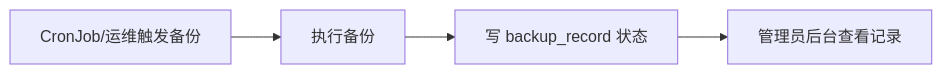
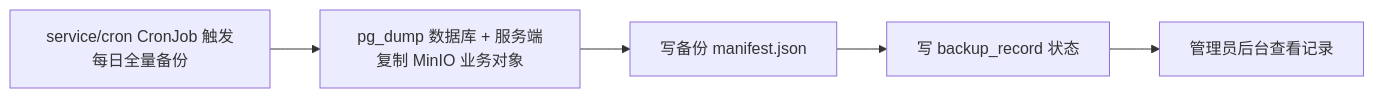
The seventh of 7 diagrams in docs/09-管理后台/04-业务流程与状态机.md (menghuishisan/CHAIMIR), drawn with Mermaid before and after one commit. The commit also changed other lines of this file and 75 other files, not shown here.

````diff
--- a/docs/09-管理后台/04-业务流程与状态机.md
+++ b/docs/09-管理后台/04-业务流程与状态机.md
@@ -99,6 +99,7 @@
 ```mermaid
 flowchart LR
-    A[CronJob/运维触发备份] --> B[执行备份]
-    B --> C[写 backup_record 状态]
-    C --> D[管理员后台查看记录]
+    A[service/cron CronJob 触发每日全量备份] --> B[pg_dump 数据库 + 服务端复制 MinIO 业务对象]
+    B --> C[写备份 manifest.json]
+    C --> D[写 backup_record 状态]
+    D --> E[管理员后台查看记录]
 ```
````
